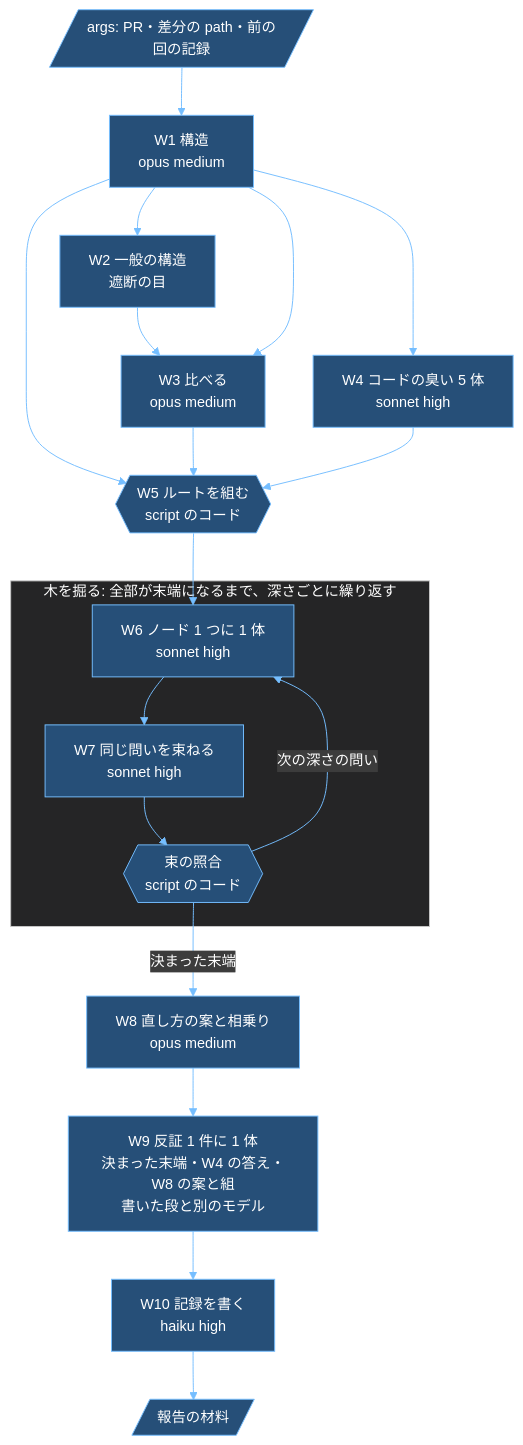
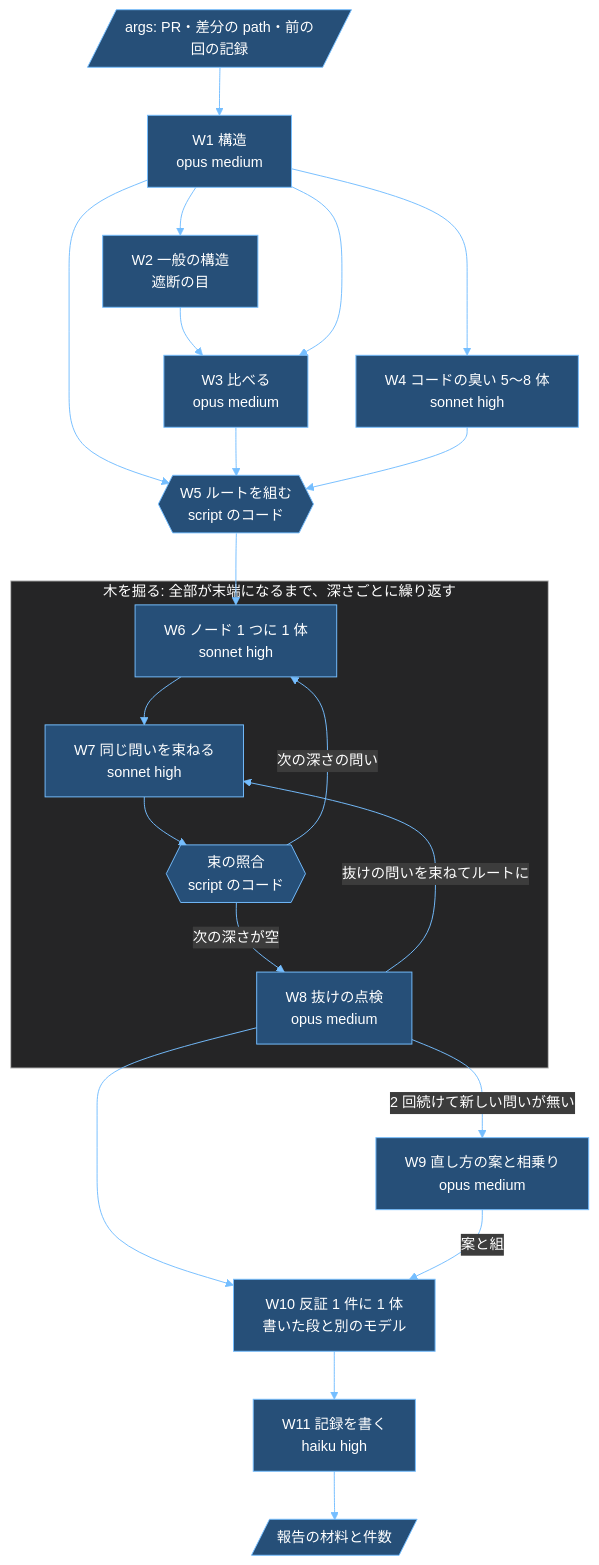
One commit to raiki61/claude-plugins changed the second of 6 diagrams in attention/docs/my-turn-workflow-design.md. Above: the diagram before and after it, drawn with Mermaid. The commit also changed other lines of this file and 10 other files, not shown here.

````diff
--- a/attention/docs/my-turn-workflow-design.md
+++ b/attention/docs/my-turn-workflow-design.md
@@ -110,19 +136,22 @@
 ```mermaid
 %%{init: {"theme":"base","themeVariables":{"darkMode":true,"background":"#1e1e1e","fontSize":"15px","primaryColor":"#264f78","primaryTextColor":"#ffffff","primaryBorderColor":"#75beff","secondaryColor":"#3a3d41","tertiaryColor":"#2d2d30","lineColor":"#75beff","textColor":"#f0f0f0","titleColor":"#ffffff","clusterBkg":"#252526","clusterBorder":"#c8c8c8","edgeLabelBackground":"#3c3c3c","nodeTextColor":"#ffffff","actorBkg":"#264f78","actorBorder":"#75beff","actorTextColor":"#ffffff","actorLineColor":"#c8c8c8","signalColor":"#75beff","signalTextColor":"#f0f0f0","noteBkgColor":"#5c4b00","noteTextColor":"#ffffff","noteBorderColor":"#d7ba7d","labelBoxBkgColor":"#264f78","labelTextColor":"#ffffff","loopTextColor":"#f0f0f0","sequenceNumberColor":"#ffffff"}}}%%
 flowchart TB
   A[/"args: PR・差分の path・前の回の記録"/] --> W1["W1 構造<br/>opus medium"]
   W1 --> W2["W2 一般の構造<br/>遮断の目"] --> W3["W3 比べる<br/>opus medium"]
   W1 --> W3
   W1 --> W5
-  W1 --> W4["W4 コードの臭い 5 体<br/>sonnet high"]
+  W1 --> W4["W4 コードの臭い 5〜8 体<br/>sonnet high"]
   W3 --> W5{{"W5 ルートを組む<br/>script のコード"}}
   W4 --> W5
   W5 --> W6
   subgraph DIG["木を掘る: 全部が末端になるまで、深さごとに繰り返す"]
     W6["W6 ノード 1 つに 1 体<br/>sonnet high"] --> W7["W7 同じ問いを束ねる<br/>sonnet high"] --> CK{{"束の照合<br/>script のコード"}}
     CK -->|次の深さの問い| W6
+    CK -->|次の深さが空| W8["W8 抜けの点検<br/>opus medium"]
+    W8 -->|抜けの問いを束ねてルートに| W7
   end
-  CK -->|決まった末端| W8["W8 直し方の案と相乗り<br/>opus medium"]
-  W8 --> W9["W9 反証 1 件に 1 体<br/>決まった末端・W4 の答え・W8 の案と組<br/>書いた段と別のモデル"]
-  W9 --> W10["W10 記録を書く<br/>haiku high"] --> OUT[/"報告の材料"/]
+  W8 -->|2 回続けて新しい問いが無い| W9["W9 直し方の案と相乗り<br/>opus medium"]
+  W8 --> W10["W10 反証 1 件に 1 体<br/>書いた段と別のモデル"]
+  W9 -->|案と組| W10
+  W10 --> W11["W11 記録を書く<br/>haiku high"] --> OUT[/"報告の材料と件数"/]
 ```
````
